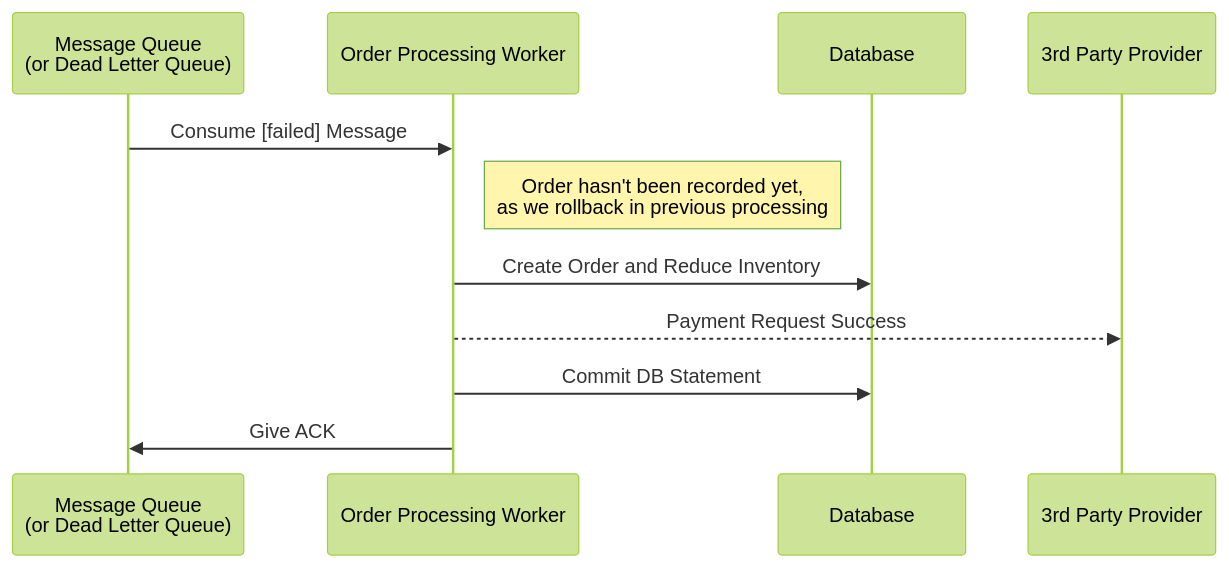
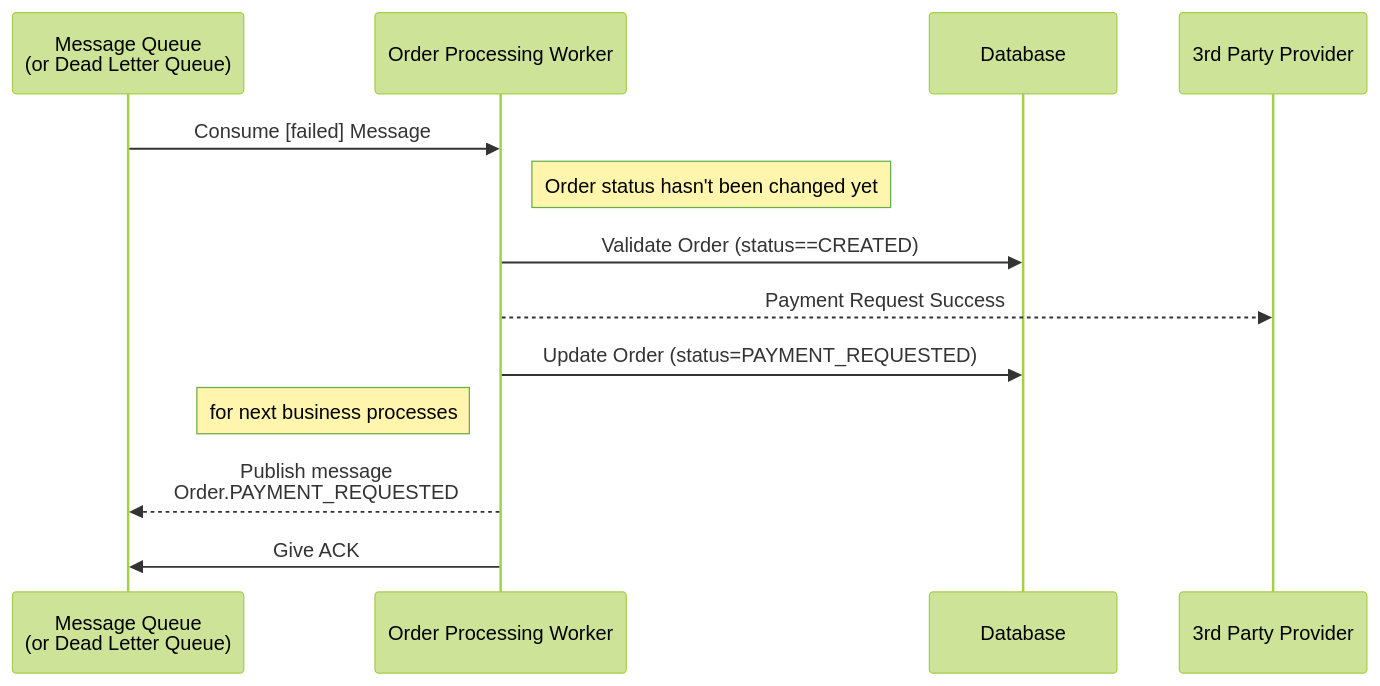
One commit to zhorifiandi/zhorifiandi.github.io changed the second of 2 diagrams in _posts/2025-01-02-reliable-messaging-workers-rule-of-thumbs.md. Above: the diagram before and after it, drawn with Mermaid (forest theme). The commit also changed other lines of this file and 2 other files, not shown here.

```diff
--- a/_posts/2025-01-02-reliable-messaging-workers-rule-of-thumbs.md
+++ b/_posts/2025-01-02-reliable-messaging-workers-rule-of-thumbs.md
@@ -108,14 +90,16 @@
 <pre class="mermaid">
 sequenceDiagram
     participant Queue as Message Queue<br/>(or Dead Letter Queue)
     participant Worker as Order Processing Worker
     participant DB as Database
     participant TPS as 3rd Party Provider
 
     Queue->>Worker: Consume [failed] Message
-    Note right of Worker: Order hasn't been recorded yet,<br />as we rollback in previous processing
-    Worker->>DB: Create Order and Reduce Inventory
+    Note right of Worker: Order status hasn't been changed yet
+    Worker->>DB: Validate Order (status==CREATED)
     Worker-->>TPS: Payment Request Success
-    Worker->>DB: Commit DB Statement
+    Worker->>DB: Update Order (status=PAYMENT_REQUESTED)
+    Note left of Worker: for next business processes
+    Worker-->>Queue: Publish message<br/>Order.PAYMENT_REQUESTED
     Worker->>Queue: Give ACK
 </pre>
```
